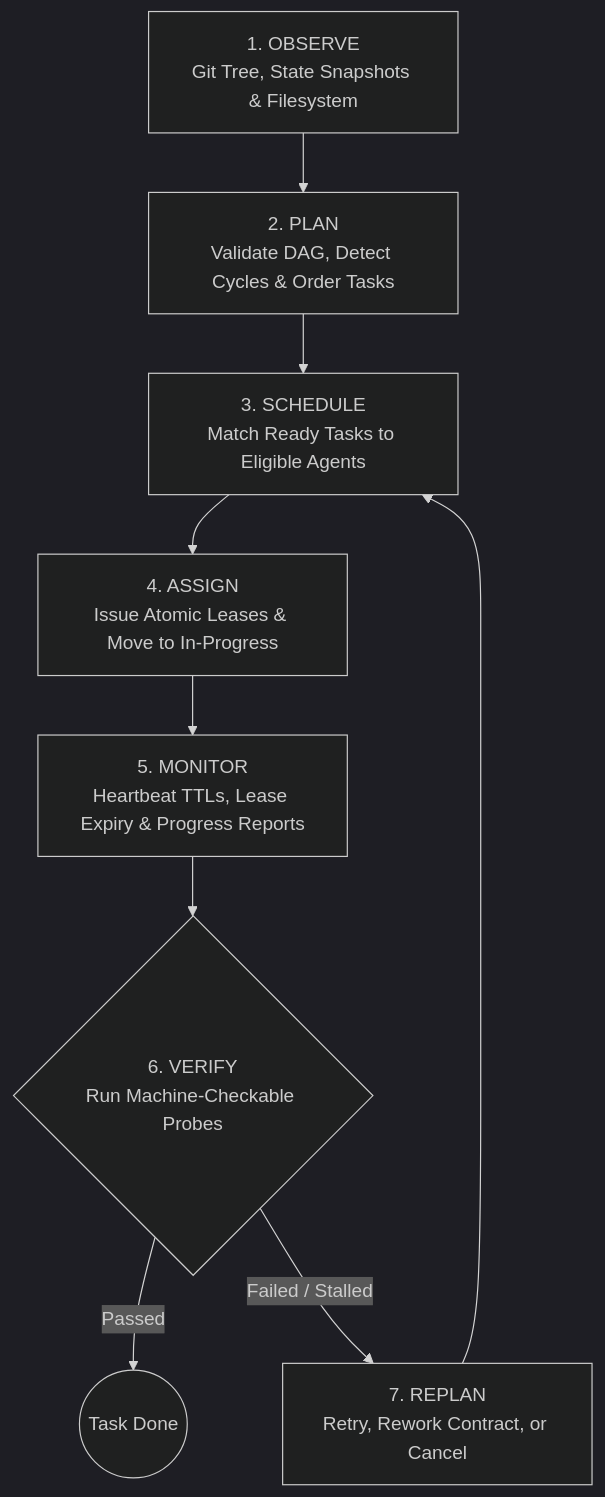
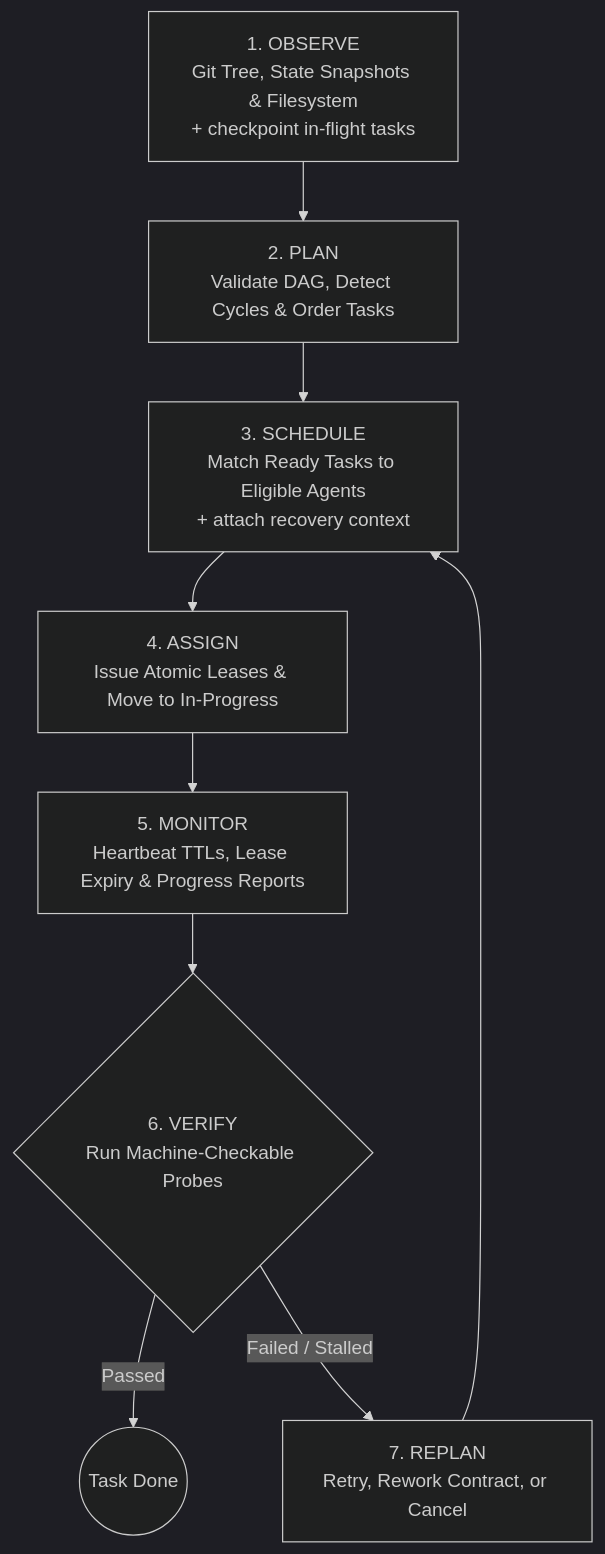
One commit to abyyxhek/orqynn changed the diagram in README.md. Above: the diagram before and after it, drawn with Mermaid (dark theme). The commit also changed other lines of this file and 4 other files, not shown here.

````diff
--- a/README.md
+++ b/README.md
@@ -126,11 +134,11 @@
 ```mermaid
 flowchart TD
-    OBS[1. OBSERVE<br/>Git Tree, State Snapshots & Filesystem] --> PLAN[2. PLAN<br/>Validate DAG, Detect Cycles & Order Tasks]
-    PLAN --> SCHED[3. SCHEDULE<br/>Match Ready Tasks to Eligible Agents]
+    OBS[1. OBSERVE<br/>Git Tree, State Snapshots & Filesystem<br/>+ checkpoint in-flight tasks] --> PLAN[2. PLAN<br/>Validate DAG, Detect Cycles & Order Tasks]
+    PLAN --> SCHED[3. SCHEDULE<br/>Match Ready Tasks to Eligible Agents<br/>+ attach recovery context]
     SCHED --> ASSIGN[4. ASSIGN<br/>Issue Atomic Leases & Move to In-Progress]
     ASSIGN --> MON[5. MONITOR<br/>Heartbeat TTLs, Lease Expiry & Progress Reports]
     MON --> VERIFY{6. VERIFY<br/>Run Machine-Checkable Probes}
     VERIFY -- Passed --> DONE((Task Done))
     VERIFY -- Failed / Stalled --> REPLAN[7. REPLAN<br/>Retry, Rework Contract, or Cancel]
     REPLAN --> SCHED
 ```
````
